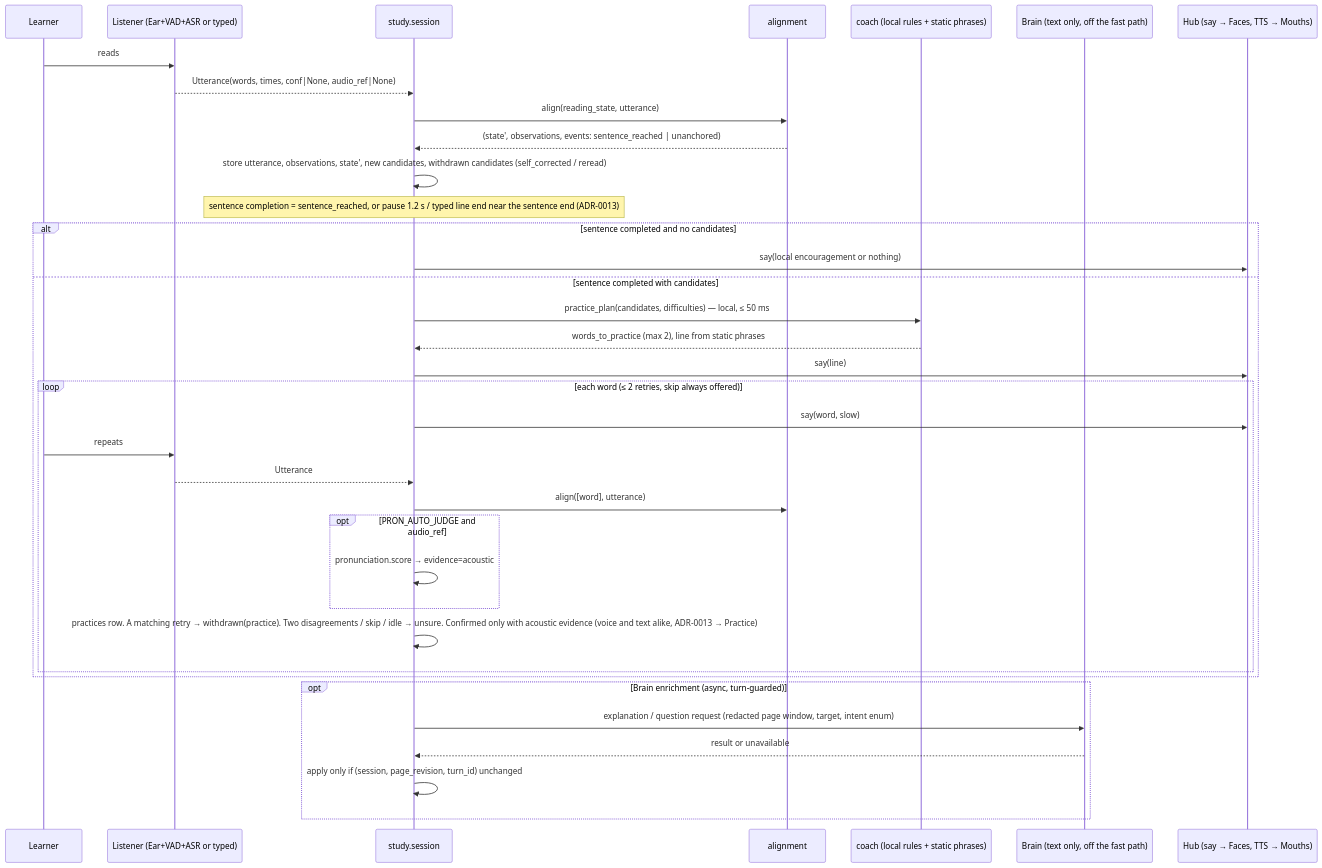
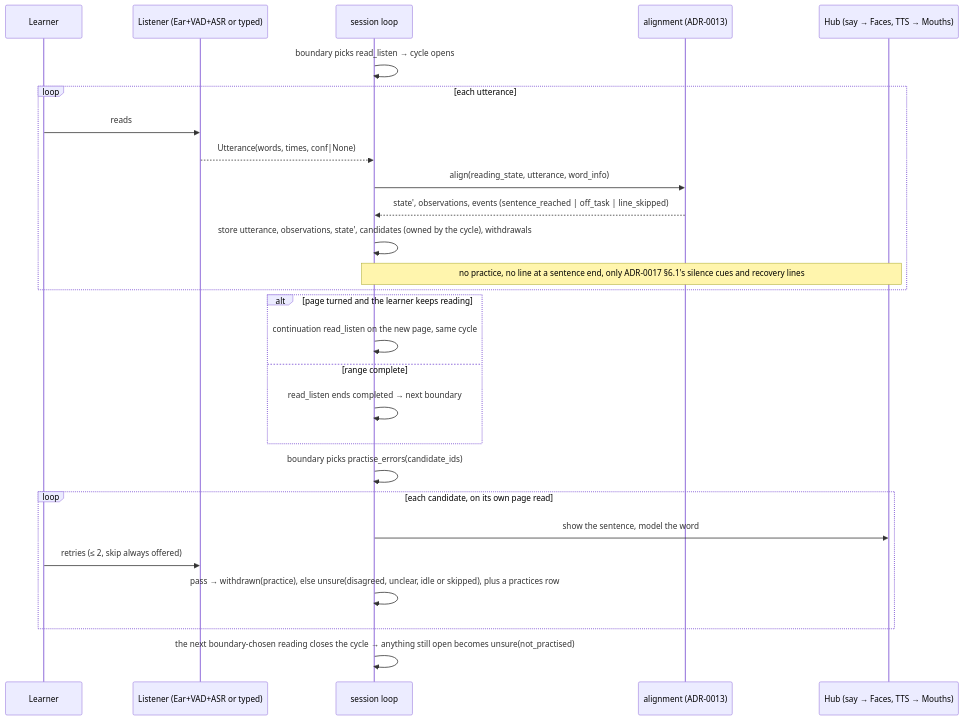
Before and after one commit to scil/Leafi: the second of 2 diagrams in docs/architecture/flows/reading-session.md, drawn with Mermaid. The commit also changed other lines of this file and 5 other files, not shown here.

Commit message:
docs: documents changed with ADR-0017's acceptance (flow, product B3/B4/B7, glossary, migration 5, reliability, prompt-safety allow-list)

````diff
--- a/docs/architecture/flows/reading-session.md
+++ b/docs/architecture/flows/reading-session.md
@@ -44,38 +34,29 @@
 ```mermaid
 sequenceDiagram
     participant L as Learner
     participant Lis as Listener (Ear+VAD+ASR or typed)
-    participant S as study.session
-    participant A as alignment
-    participant C as coach (local rules + static phrases)
-    participant B as Brain (text only, off the fast path)
+    participant S as session loop
+    participant A as alignment (ADR-0013)
     participant H as Hub (say → Faces, TTS → Mouths)
-    L->>Lis: reads
-    Lis-->>S: Utterance(words, times, conf|None, audio_ref|None)
-    S->>A: align(reading_state, utterance)
-    A-->>S: (state', observations, events: sentence_reached | unanchored)
-    S->>S: store utterance, observations, state', new candidates, withdrawn candidates (self_corrected / reread)
-    Note over S: sentence completion = sentence_reached, or pause 1.2 s / typed line end near the sentence end (ADR-0013)
-    alt sentence completed and no candidates
-        S->>H: say(local encouragement or nothing)
-    else sentence completed with candidates
-        S->>C: practice_plan(candidates, difficulties)   — local, ≤ 50 ms
-        C-->>S: words_to_practice (max 2), line from static phrases
-        S->>H: say(line)
-        loop each word (≤ 2 retries, skip always offered)
-            S->>H: say(word, slow)
-            L->>Lis: repeats
-            Lis-->>S: Utterance
-            S->>A: align([word], utterance)
-            opt PRON_AUTO_JUDGE and audio_ref
-                S->>S: pronunciation.score → evidence=acoustic
-            end
-            S->>S: practices row. A matching retry → withdrawn(practice). Two disagreements / skip / idle → unsure. Confirmed only with acoustic evidence (voice and text alike, ADR-0013 → Practice)
-        end
+    S->>S: boundary picks read_listen → cycle opens
+    loop each utterance
+        L->>Lis: reads
+        Lis-->>S: Utterance(words, times, conf|None)
+        S->>A: align(reading_state, utterance, word_info)
+        A-->>S: state', observations, events (sentence_reached | off_task | line_skipped)
+        S->>S: store utterance, observations, state', candidates (owned by the cycle), withdrawals
+        Note over S,H: no practice, no line at a sentence end, only ADR-0017 §6.1's silence cues and recovery lines
     end
-    opt Brain enrichment (async, turn-guarded)
-        S->>B: explanation / question request (redacted page window, target, intent enum)
-        B-->>S: result or unavailable
-        S->>S: apply only if (session, page_revision, turn_id) unchanged
+    alt page turned and the learner keeps reading
+        S->>S: continuation read_listen on the new page, same cycle
+    else range complete
+        S->>S: read_listen ends completed → next boundary
     end
+    S->>S: boundary picks practise_errors(candidate_ids)
+    loop each candidate, on its own page read
+        S->>H: show the sentence, model the word
+        L->>Lis: retries (≤ 2, skip always offered)
+        S->>S: pass → withdrawn(practice), else unsure(disagreed, unclear, idle or skipped), plus a practices row
+    end
+    S->>S: the next boundary-chosen reading closes the cycle → anything still open becomes unsure(not_practised)
 ```
````
